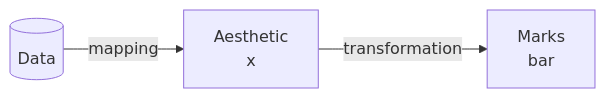
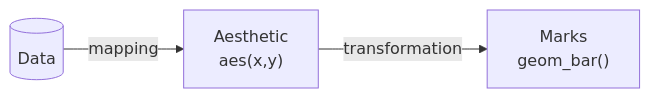
The fourth of 4 diagrams in DataVisualization/week02/basic_ggplot2.qmd (datakruroo/datakruroo.github.io), drawn with Mermaid before and after one commit. The commit also changed other lines of this file and 3 other files, not shown here.

````diff
--- a/DataVisualization/week02/basic_ggplot2.qmd
+++ b/DataVisualization/week02/basic_ggplot2.qmd
@@ -376,8 +376,8 @@
 ```{mermaid}
 %%| echo: false
 
 graph LR
-A[(Data)] --mapping--> B[Aesthetic \n x]
-B --transformation--> C[Marks \n bar]
+A[(Data)] --mapping-->  B["Aesthetic \n aes(x,y)"]
+B --transformation--> C["Marks \n geom_bar()"]
 
 ```
````
